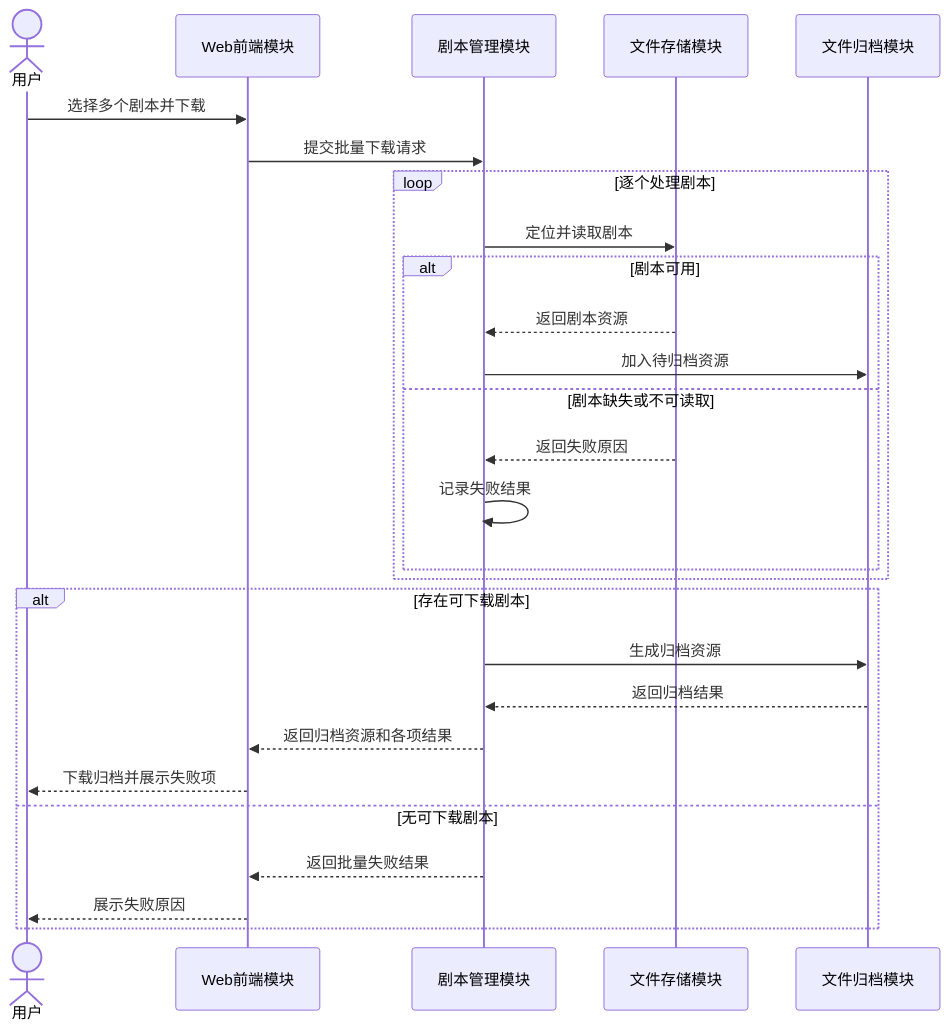
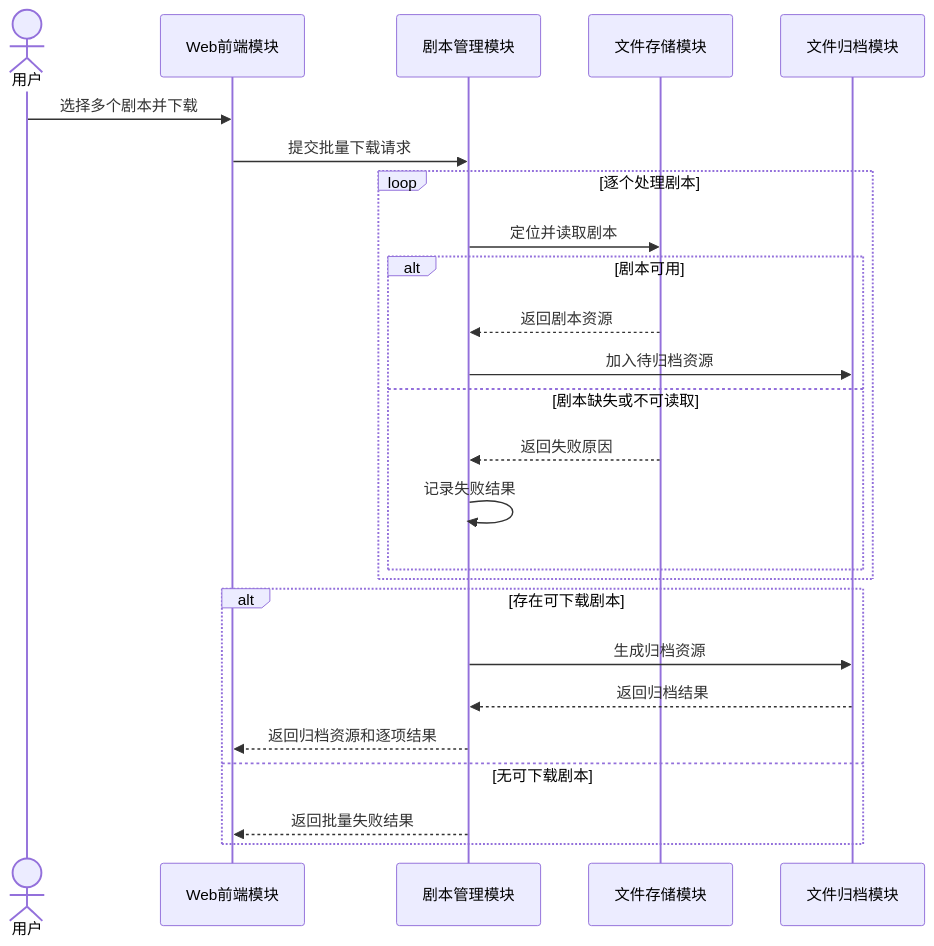
One commit to RIVERS0FT/AgentNetwork changed the third of 6 diagrams in docs/剧本管理设计.md. Above: the diagram before and after it, drawn with Mermaid. The commit also changed other lines of this file, not shown here.

Commit message:
docs: separate scene skill and tool definitions

````diff
--- a/docs/剧本管理设计.md
+++ b/docs/剧本管理设计.md
@@ -220,32 +247,30 @@
 ```mermaid
 sequenceDiagram
     actor User as 用户
     participant Web as Web前端模块
     participant SceneMgr as 剧本管理模块
     participant Store as 文件存储模块
     participant Archive as 文件归档模块
 
     User->>Web: 选择多个剧本并下载
     Web->>SceneMgr: 提交批量下载请求
 
     loop 逐个处理剧本
         SceneMgr->>Store: 定位并读取剧本
         alt 剧本可用
             Store-->>SceneMgr: 返回剧本资源
             SceneMgr->>Archive: 加入待归档资源
         else 剧本缺失或不可读取
             Store-->>SceneMgr: 返回失败原因
             SceneMgr->>SceneMgr: 记录失败结果
         end
     end
 
     alt 存在可下载剧本
         SceneMgr->>Archive: 生成归档资源
         Archive-->>SceneMgr: 返回归档结果
-        SceneMgr-->>Web: 返回归档资源和各项结果
-        Web-->>User: 下载归档并展示失败项
+        SceneMgr-->>Web: 返回归档资源和逐项结果
     else 无可下载剧本
         SceneMgr-->>Web: 返回批量失败结果
-        Web-->>User: 展示失败原因
     end
 ```
````
